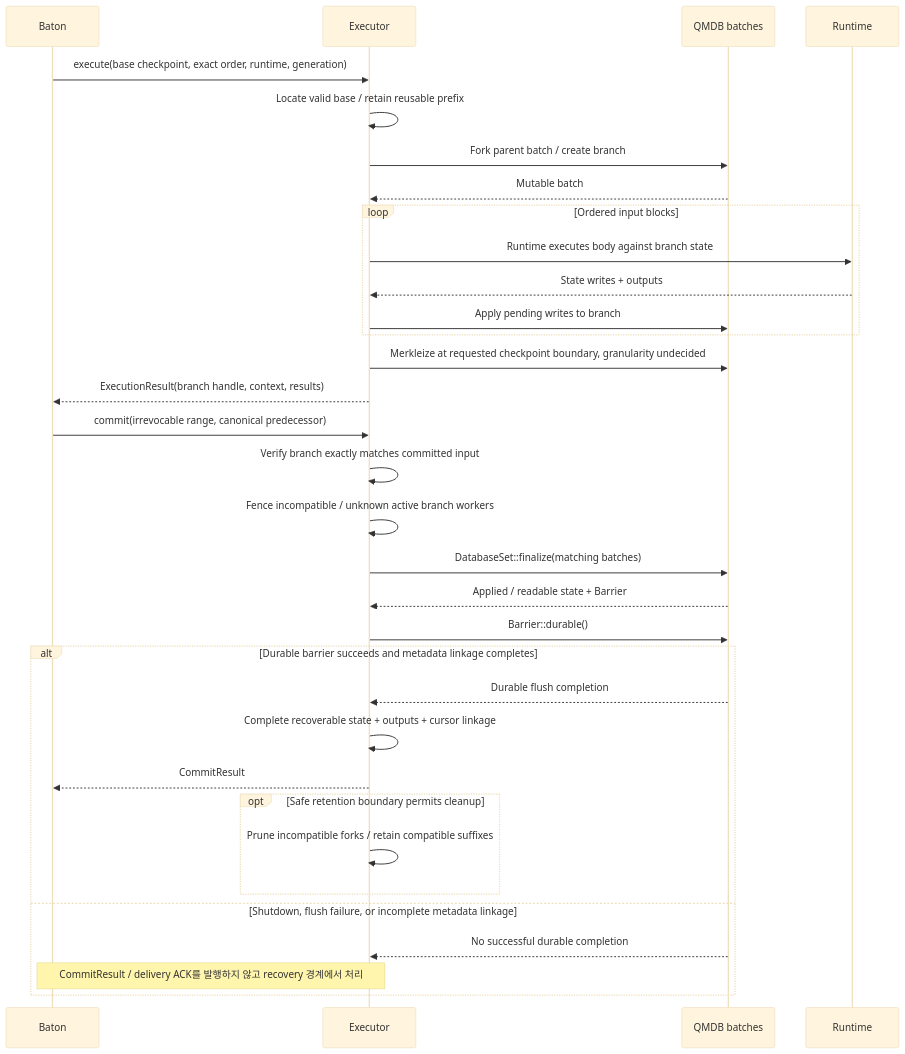
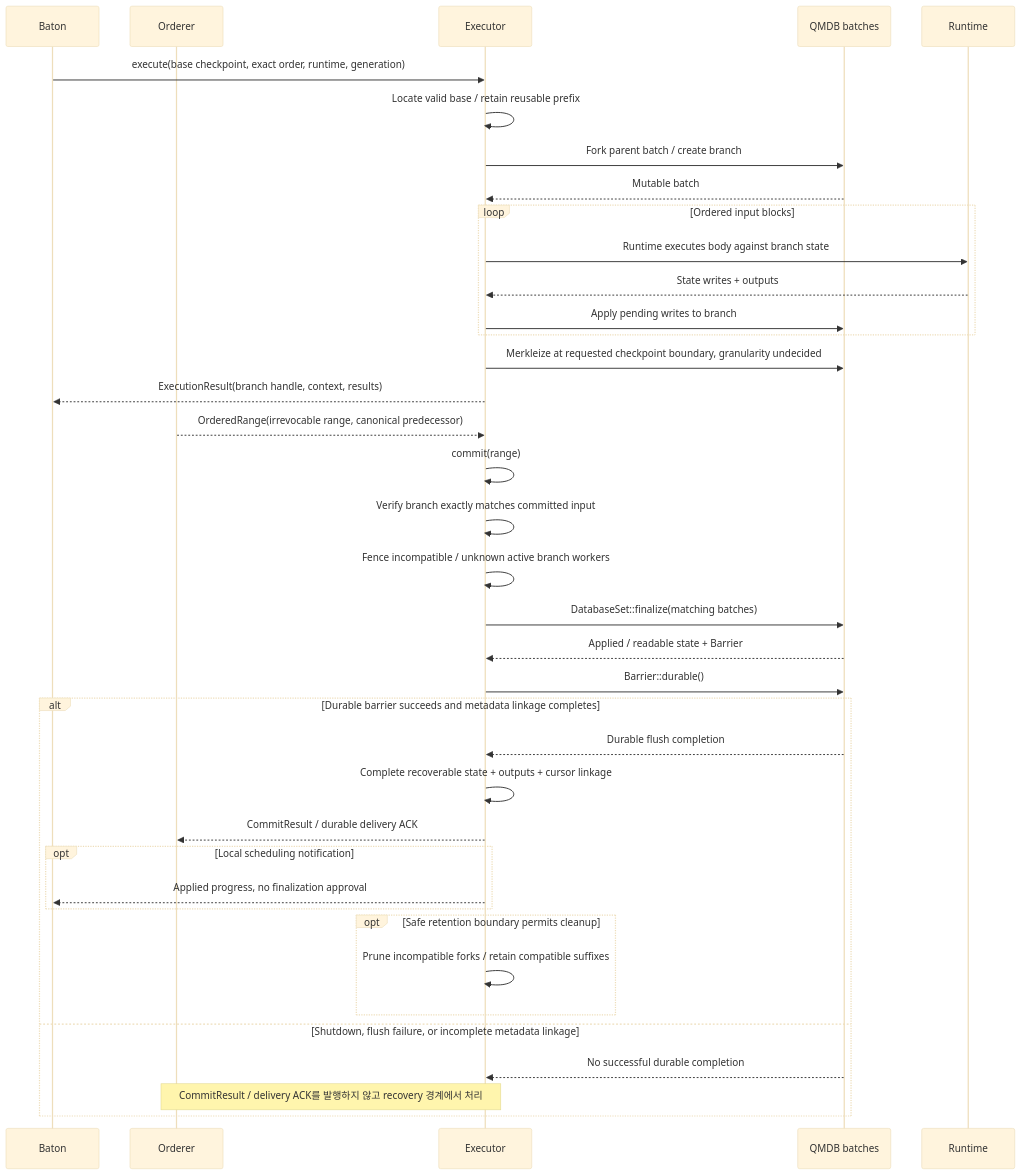
The ninth of 18 diagrams in IMPLEMENTATION_SPEC.md (djm07073/baton-research), drawn with Mermaid (base theme) before and after one commit. The commit also changed other lines of this file and 30 other files, not shown here.

````diff
--- a/IMPLEMENTATION_SPEC.md
+++ b/IMPLEMENTATION_SPEC.md
@@ -471,35 +477,40 @@
 ```mermaid
 sequenceDiagram
     participant B as Baton
+    participant M as Orderer
     participant O as Executor
     participant Q as QMDB batches
     participant A as Runtime
     B->>O: execute(base checkpoint, exact order, runtime, generation)
     O->>O: Locate valid base / retain reusable prefix
     O->>Q: Fork parent batch / create branch
     Q-->>O: Mutable batch
     loop Ordered input blocks
         O->>A: Runtime executes body against branch state
         A-->>O: State writes + outputs
         O->>Q: Apply pending writes to branch
     end
     O->>Q: Merkleize at requested checkpoint boundary, granularity undecided
     O-->>B: ExecutionResult(branch handle, context, results)
-    B->>O: commit(irrevocable range, canonical predecessor)
+    M-->>O: OrderedRange(irrevocable range, canonical predecessor)
+    O->>O: commit(range)
     O->>O: Verify branch exactly matches committed input
     O->>O: Fence incompatible / unknown active branch workers
     O->>Q: DatabaseSet::finalize(matching batches)
     Q-->>O: Applied / readable state + Barrier
     O->>Q: Barrier::durable()
     alt Durable barrier succeeds and metadata linkage completes
         Q-->>O: Durable flush completion
         O->>O: Complete recoverable state + outputs + cursor linkage
-        O-->>B: CommitResult
+        O-->>M: CommitResult / durable delivery ACK
+        opt Local scheduling notification
+            O-->>B: Applied progress, no finalization approval
+        end
         opt Safe retention boundary permits cleanup
             O->>O: Prune incompatible forks / retain compatible suffixes
         end
     else Shutdown, flush failure, or incomplete metadata linkage
         Q-->>O: No successful durable completion
-        Note over B,O: CommitResult / delivery ACK를 발행하지 않고 recovery 경계에서 처리
+        Note over M,O: CommitResult / delivery ACK를 발행하지 않고 recovery 경계에서 처리
     end
 ```
````
